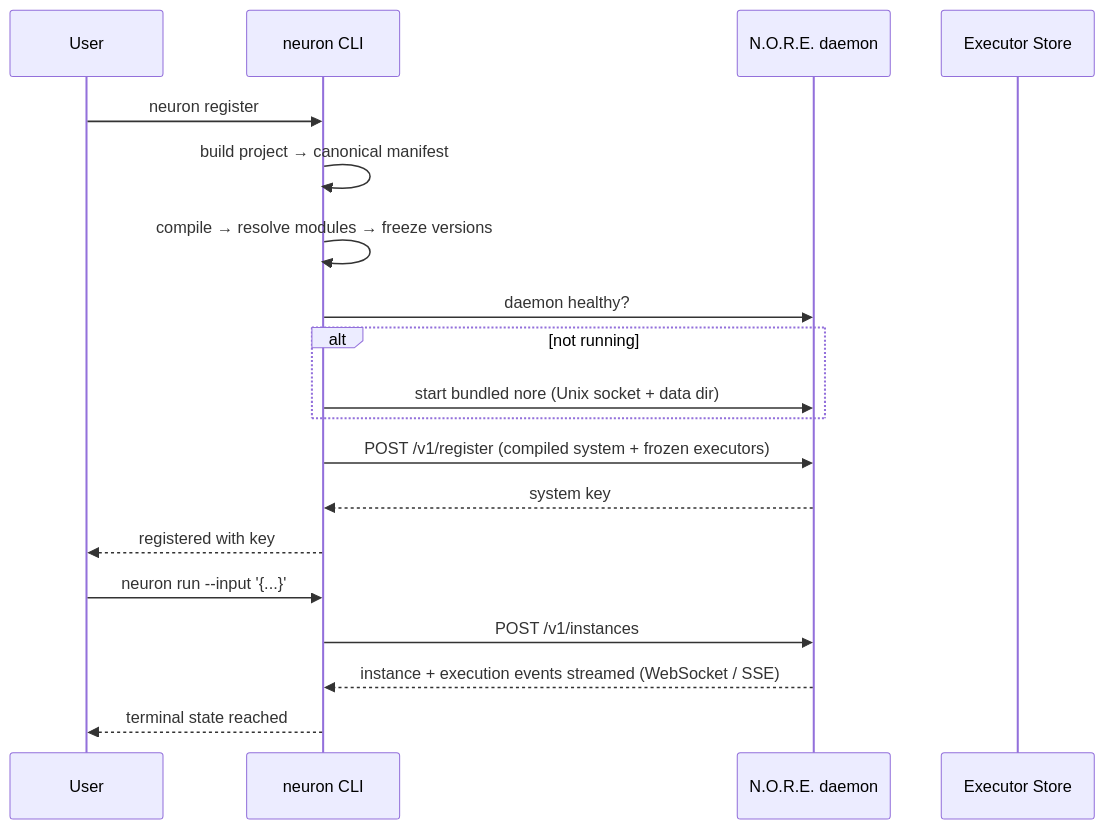
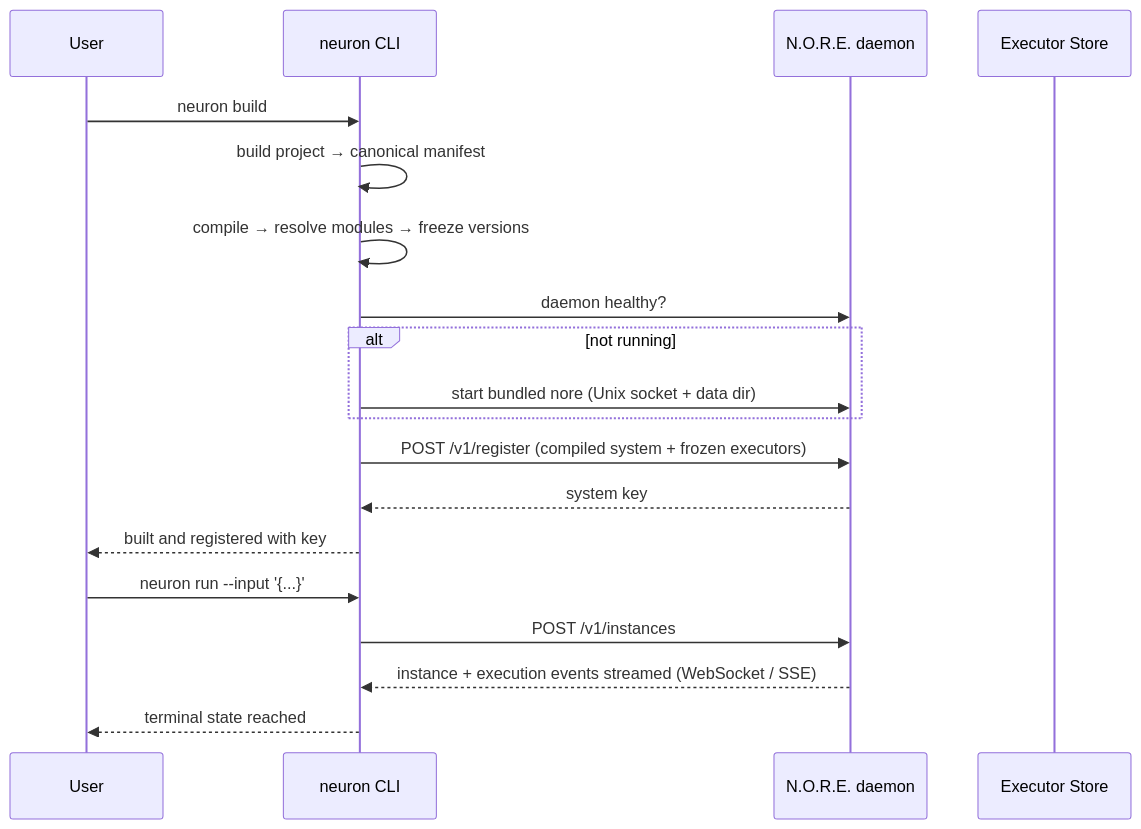
Before and after one commit to Muhammad-Jay/neuron: the first of 2 diagrams in application/README.md, drawn with Mermaid. The commit also changed other lines of this file and 12 other files, not shown here.

Commit message:
docs(cli): migrate to neuron build, fix daemon/init lifecycle docs, SDK built-in executor default

````diff
--- a/application/README.md
+++ b/application/README.md
@@ -10,23 +10,23 @@
 ```mermaid
 sequenceDiagram
     participant U as User
     participant C as neuron CLI
     participant D as N.O.R.E. daemon
     participant S as Executor Store
 
-    U->>C: neuron register
+    U->>C: neuron build
     C->>C: build project → canonical manifest
     C->>C: compile → resolve modules → freeze versions
     C->>D: daemon healthy?
     alt not running
         C->>D: start bundled nore (Unix socket + data dir)
     end
     C->>D: POST /v1/register (compiled system + frozen executors)
     D-->>C: system key
-    C-->>U: registered with key
+    C-->>U: built and registered with key
 
     U->>C: neuron run --input '{...}'
     C->>D: POST /v1/instances
     D-->>C: instance + execution events streamed (WebSocket / SSE)
     C-->>U: terminal state reached
 ```
````
